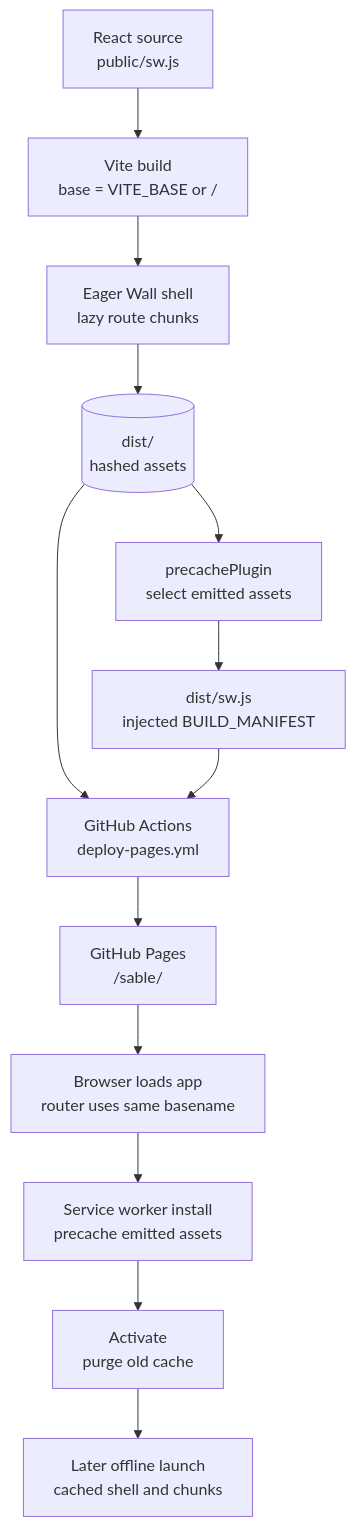
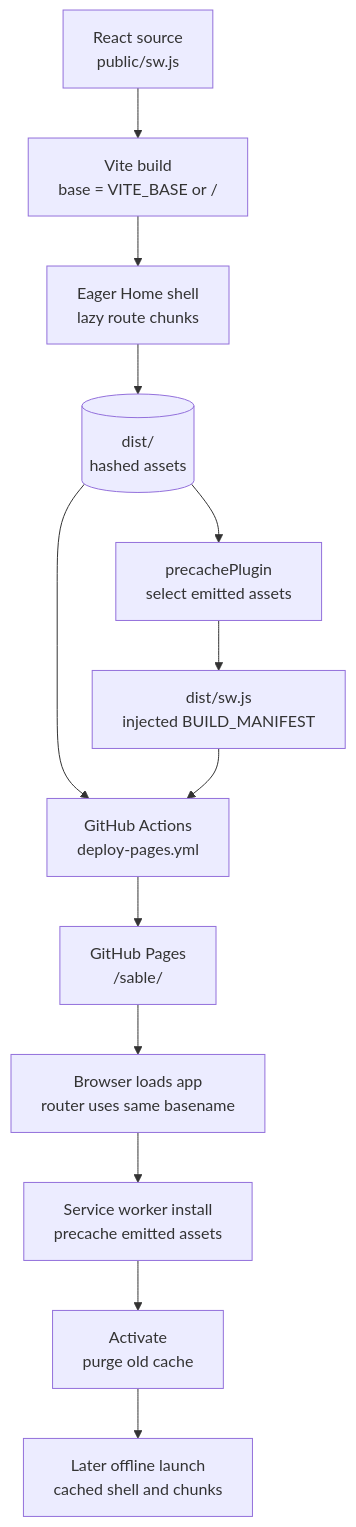
Diagram 11 of 13 in docs/ARCHITECTURE.md (Pritesh1980/sable), drawn with Mermaid before and after one commit. The commit also changed other lines of this file and 10 other files, not shown here.

Commit message:
docs: Home start page and the Wall inside Artists (#220)

````diff
--- a/docs/ARCHITECTURE.md
+++ b/docs/ARCHITECTURE.md
@@ -766,21 +766,21 @@
 ```mermaid
 flowchart TB
   SOURCE["React source<br/>public/sw.js"]
   CONFIG["Vite build<br/>base = VITE_BASE or /"]
-  SPLIT["Eager Wall shell<br/>lazy route chunks"]
+  SPLIT["Eager Home shell<br/>lazy route chunks"]
   DIST[("dist/<br/>hashed assets")]
   MANIFEST["precachePlugin<br/>select emitted assets"]
   WORKER["dist/sw.js<br/>injected BUILD_MANIFEST"]
   ACTIONS["GitHub Actions<br/>deploy-pages.yml"]
   PAGES["GitHub Pages<br/>/sable/"]
   BROWSER["Browser loads app<br/>router uses same basename"]
   INSTALL["Service worker install<br/>precache emitted assets"]
   ACTIVATE["Activate<br/>purge old cache"]
   OFFLINE["Later offline launch<br/>cached shell and chunks"]
 
   SOURCE --> CONFIG --> SPLIT --> DIST
   DIST --> MANIFEST --> WORKER
   DIST --> ACTIONS
   WORKER --> ACTIONS --> PAGES --> BROWSER
   BROWSER --> INSTALL --> ACTIVATE --> OFFLINE
 ```
````
